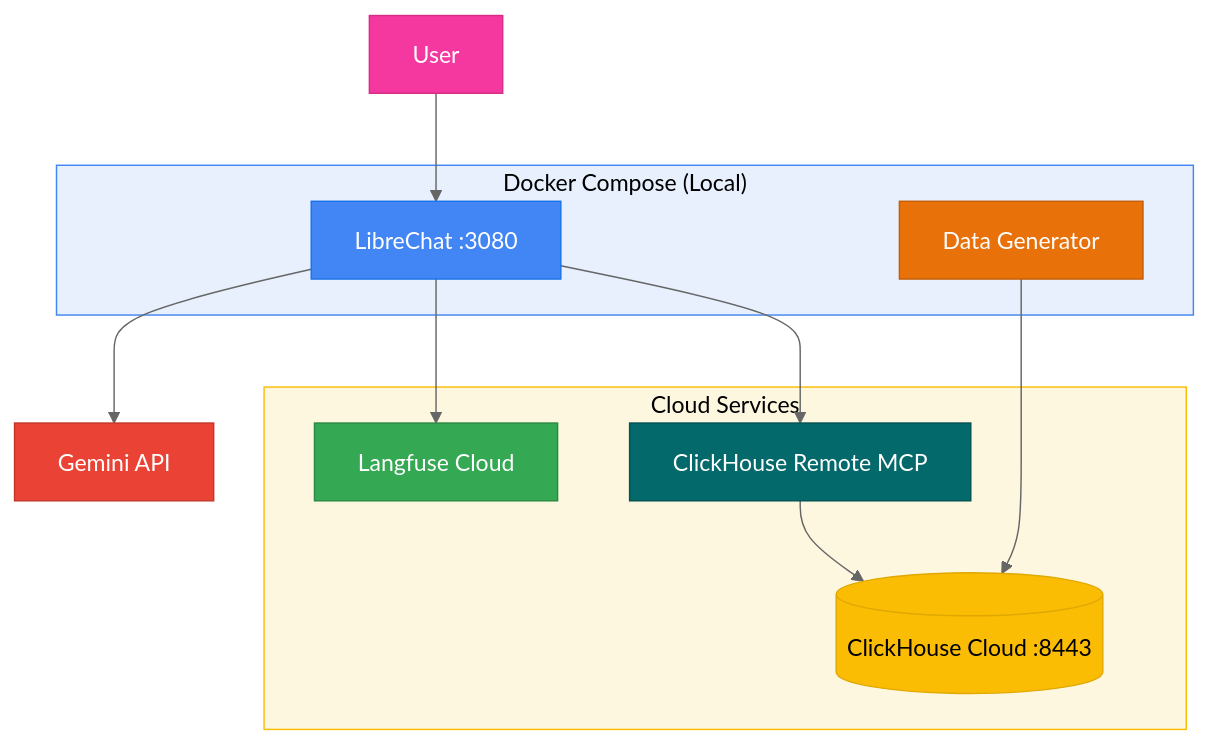
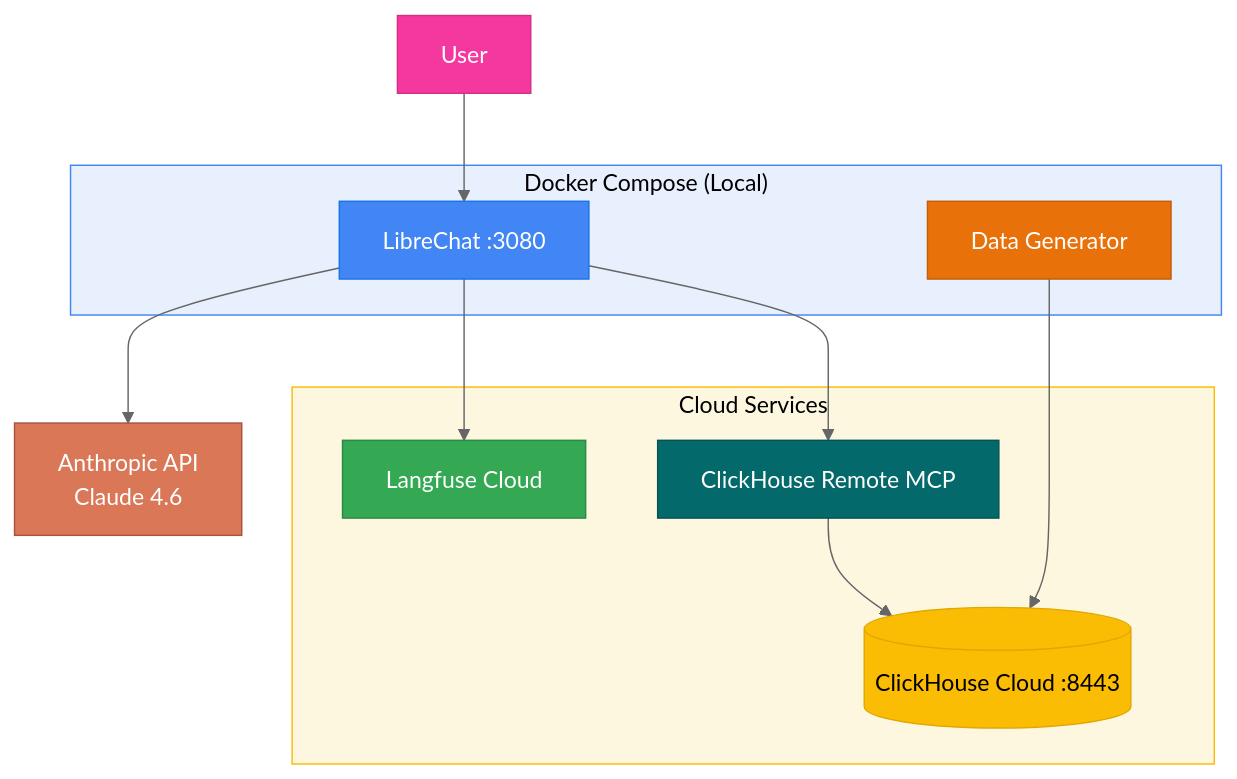
Before and after one commit to ClickHouse/ClickHouse_Demos: the second of 4 diagrams in agent_stack_builds/telco_marketing/README.md, drawn with Mermaid (neutral theme). The commit also changed other lines of this file, not shown here.

First line of the commit message:
docs(telco_marketing): scrub stale Gemini/GOOGLE_KEY refs from README

````diff
--- a/agent_stack_builds/telco_marketing/README.md
+++ b/agent_stack_builds/telco_marketing/README.md
@@ -127,28 +126,28 @@
 ```mermaid
 flowchart TB
     subgraph Docker["Docker Compose (Local)"]
         LC[LibreChat :3080]
         DG[Data Generator]
     end
     subgraph Cloud["Cloud Services"]
         RMCP[ClickHouse Remote MCP]
         CH[(ClickHouse Cloud :8443)]
         LF[Langfuse Cloud]
         RMCP --> CH
     end
-    LC --> GEMINI[Gemini API]
+    LC --> ANTHROPIC[Anthropic API<br/>Claude 4.6]
     LC --> LF
     USER[User] --> LC
     LC --> RMCP
     DG --> CH
 
     style LC fill:#4285F4,stroke:#1a73e8,color:#fff
     style DG fill:#E8710A,stroke:#c25f08,color:#fff
     style RMCP fill:#04696B,stroke:#035354,color:#fff
     style CH fill:#FBBC04,stroke:#e0a800,color:#000
     style LF fill:#34A853,stroke:#2a8a43,color:#fff
-    style GEMINI fill:#EA4335,stroke:#c5362a,color:#fff
+    style ANTHROPIC fill:#D97757,stroke:#a8543d,color:#fff
     style USER fill:#F538A0,stroke:#d42e87,color:#fff
     style Docker fill:#e8f0fe,stroke:#4285F4,color:#000
     style Cloud fill:#fef7e0,stroke:#FBBC04,color:#000
 ```
````
